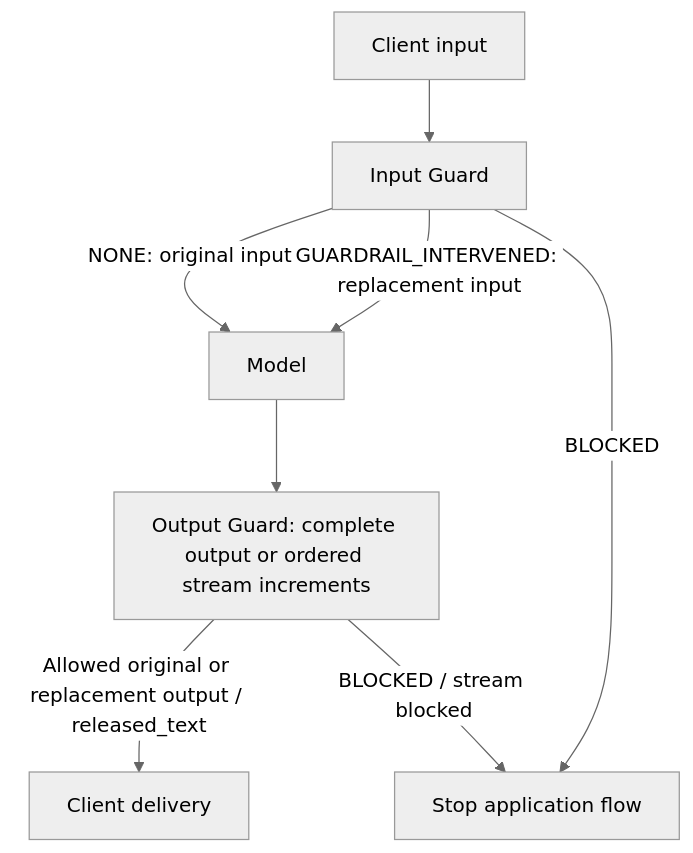
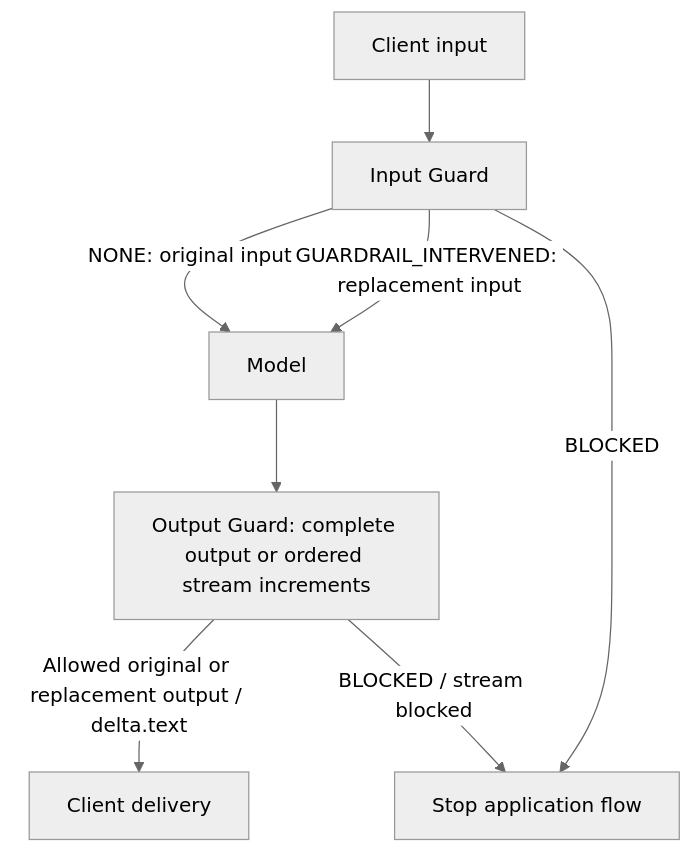
Before and after one commit to tasklattice/tasklattice-guard: the diagram in docs/gateway-integration.md, drawn with Mermaid (neutral theme). The commit also changed other lines of this file and 92 other files, not shown here.

````diff
--- a/docs/gateway-integration.md
+++ b/docs/gateway-integration.md
@@ -84,10 +84,10 @@
 ```mermaid
 flowchart TD
     C[Client input] --> I[Input Guard]
     I -->|NONE: original input| M[Model]
     I -->|GUARDRAIL_INTERVENED: replacement input| M
     I -->|BLOCKED| S[Stop application flow]
     M --> O[Output Guard: complete output or ordered stream increments]
-    O -->|Allowed original or replacement output / released_text| D[Client delivery]
+    O -->|Allowed original or replacement output / delta.text| D[Client delivery]
     O -->|BLOCKED / stream blocked| S
 ```
````
